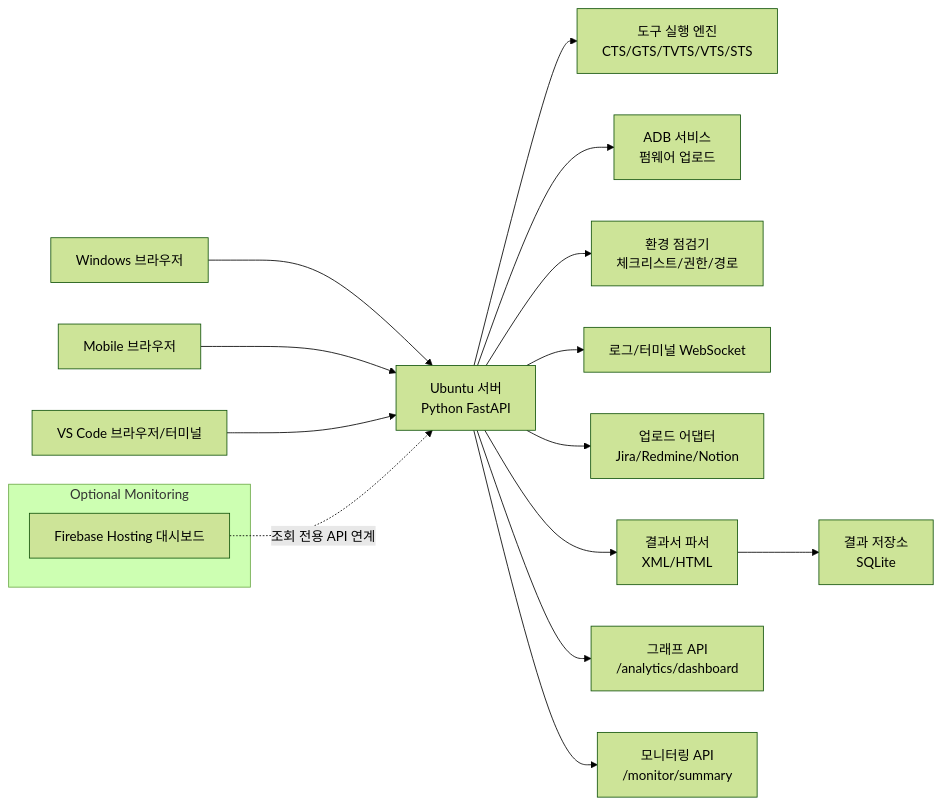
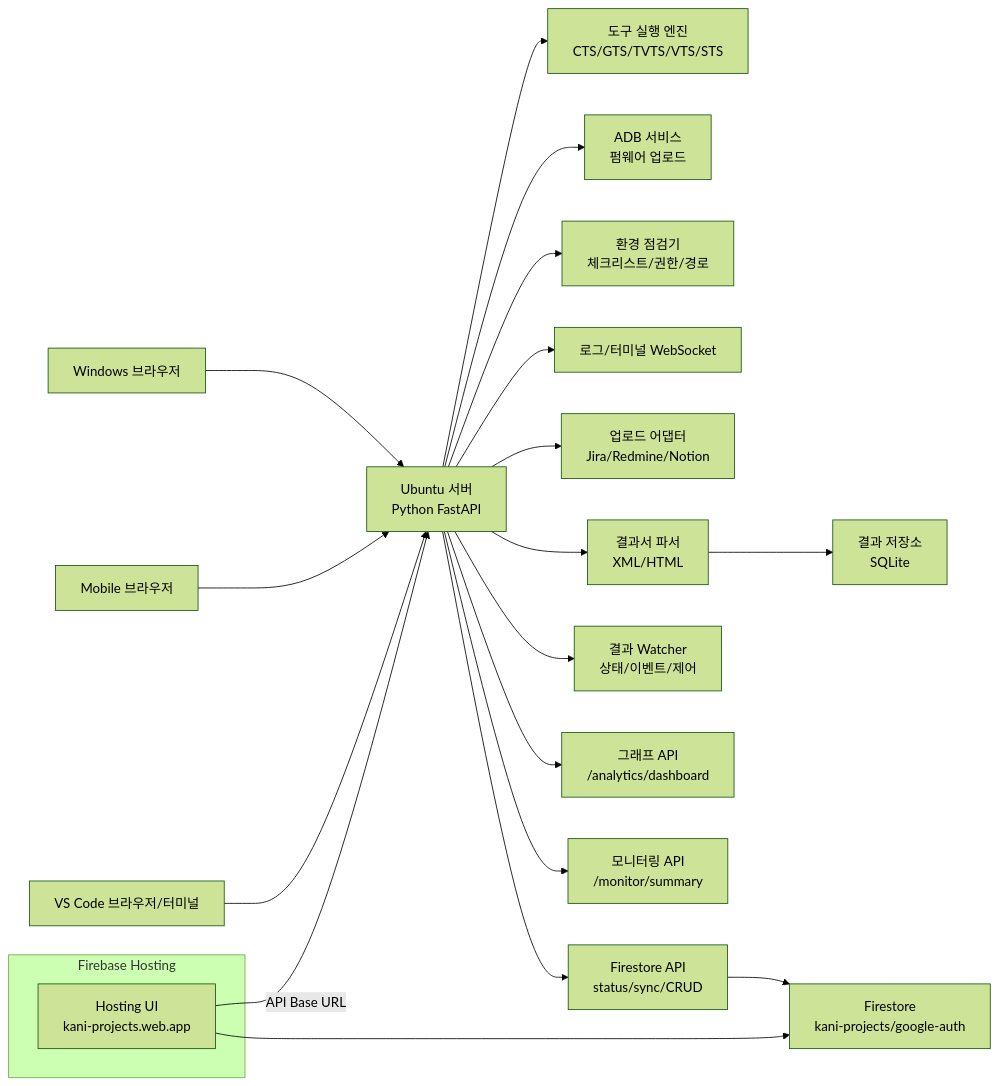
The diagram in Flutter/flutter_project/google_auth_helper/README.md (greenhelix/dev_logs), drawn with Mermaid (forest theme) before and after one commit. The commit also changed other lines of this file and 1 other file, not shown here.

Commit message:
아키텍처 부분 업데이트
아키텍처 부분 업데이트

````diff
--- a/Flutter/flutter_project/google_auth_helper/README.md
+++ b/Flutter/flutter_project/google_auth_helper/README.md
@@ -11,21 +11,25 @@
 ```mermaid
 flowchart LR
     A[Ubuntu 서버\nPython FastAPI] --> B[도구 실행 엔진\nCTS/GTS/TVTS/VTS/STS]
     A --> C[ADB 서비스\n펌웨어 업로드]
     A --> D[환경 점검기\n체크리스트/권한/경로]
     A --> E[로그/터미널 WebSocket]
     A --> F[업로드 어댑터\nJira/Redmine/Notion]
     A --> H[결과서 파서\nXML/HTML]
     H --> I[결과 저장소\nSQLite]
+    A --> L[결과 Watcher\n상태/이벤트/제어]
     A --> J[그래프 API\n/analytics/dashboard]
     A --> K[모니터링 API\n/monitor/summary]
+    A --> N[Firestore API\nstatus/sync/CRUD]
+    N --> O[Firestore\nkani-projects/google-auth]
 
     W[Windows 브라우저] --> A
     M[Mobile 브라우저] --> A
     V[VS Code 브라우저/터미널] --> A
 
-    subgraph Optional Monitoring
-      G[Firebase Hosting 대시보드]
+    subgraph Firebase Hosting
+      G[Hosting UI\nkani-projects.web.app]
     end
-    G -. 조회 전용 API 연계 .-> A
+    G -->|API Base URL| A
+    G --> O
 ```
````
